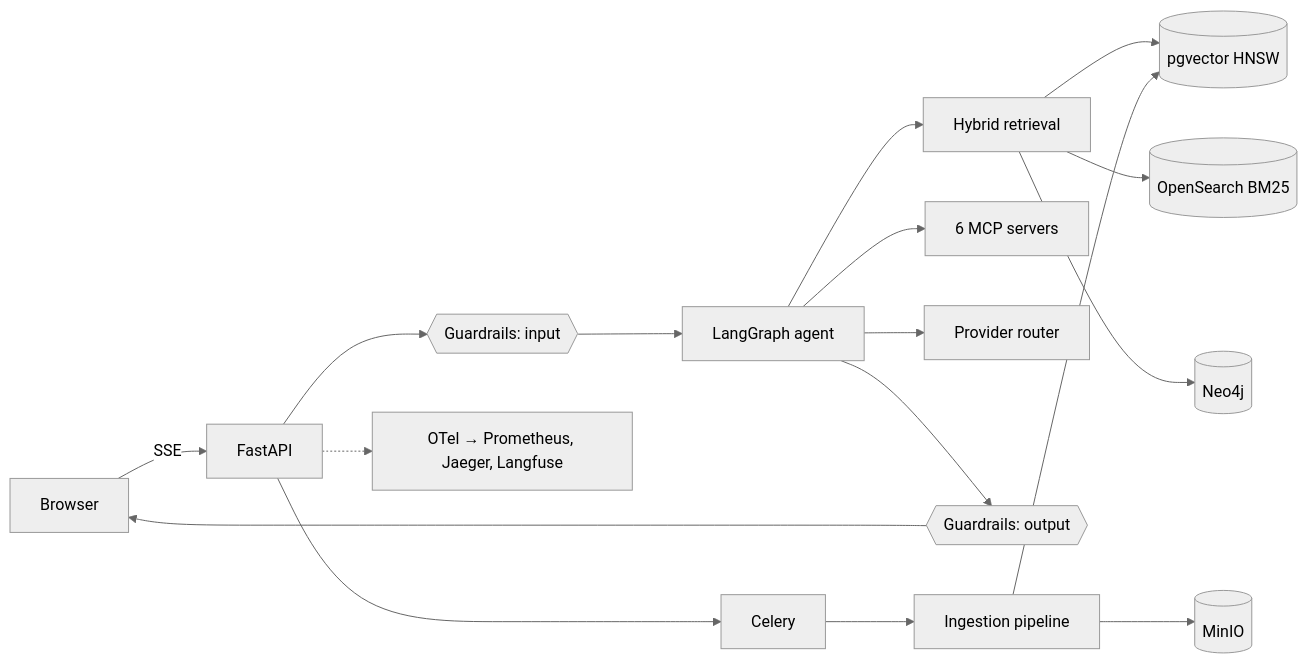
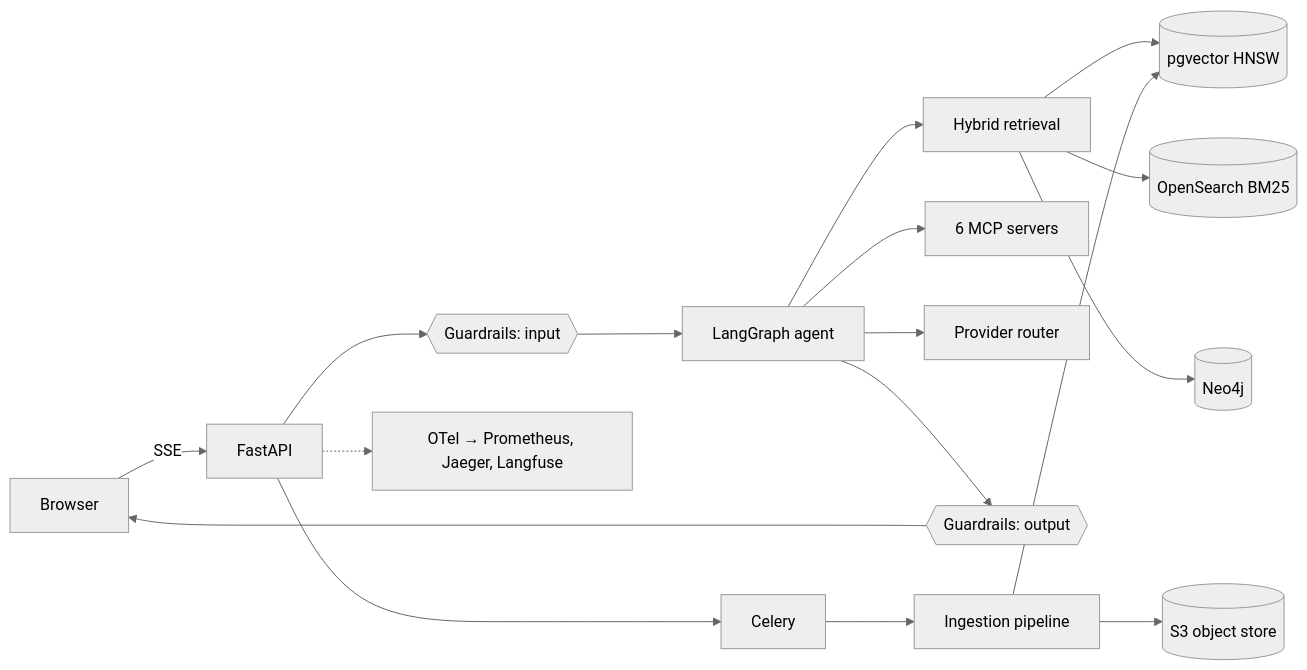
One commit to parthksingh1/AgenticRAG changed the first of 2 diagrams in README.md. Above: the diagram before and after it, drawn with Mermaid (neutral theme). The commit also changed 4 other files, not shown here.

````diff
--- a/README.md
+++ b/README.md
@@ -213,19 +213,19 @@
 ```mermaid
 flowchart LR
   U[Browser] -->|SSE| API[FastAPI]
   API --> G{{Guardrails: input}}
   G --> GR[LangGraph agent]
   GR --> R[Hybrid retrieval]
   R --> PG[(pgvector HNSW)]
   R --> OS[(OpenSearch BM25)]
   R --> NEO[(Neo4j)]
   GR --> MCP[6 MCP servers]
   GR --> LLM[Provider router]
   GR --> G2{{Guardrails: output}}
   G2 --> U
   API --> Q[Celery]
   Q --> ING[Ingestion pipeline]
-  ING --> S3[(MinIO)]
+  ING --> S3[(S3 object store)]
   ING --> PG
   API -.-> OTEL[OTel → Prometheus, Jaeger, Langfuse]
 ```
````
